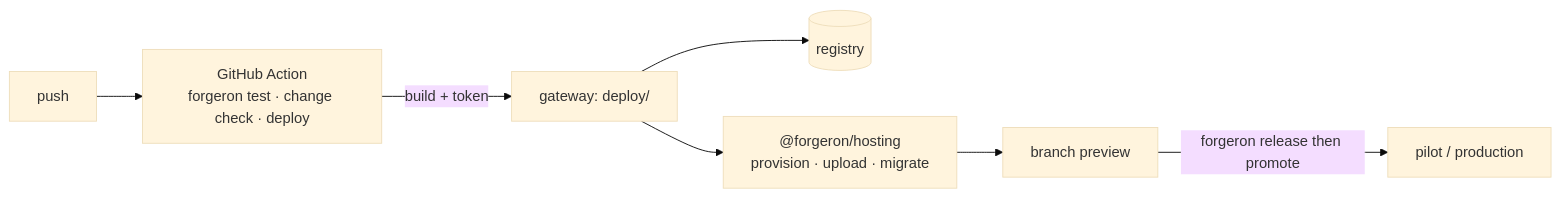
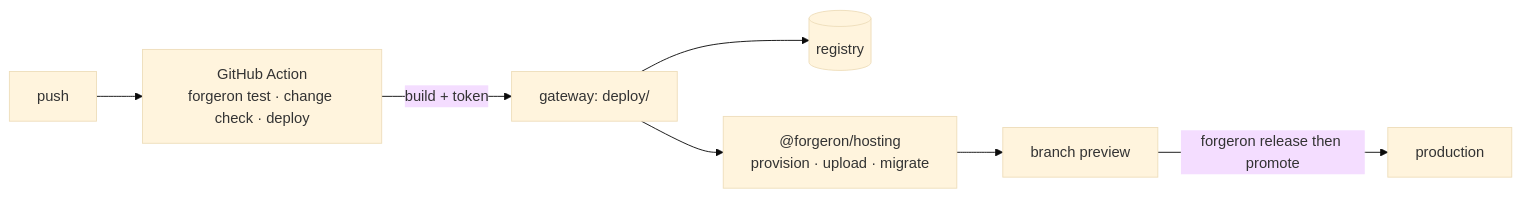
Before and after one commit to forgeron-sh/monorepo: the second of 3 diagrams in docs/ARCHITECTURE.md, drawn with Mermaid (base theme). The commit also changed other lines of this file and 77 other files, not shown here.

````diff
--- a/docs/ARCHITECTURE.md
+++ b/docs/ARCHITECTURE.md
@@ -178,9 +178,9 @@
 ```mermaid
 flowchart LR
   P[push] --> A["GitHub Action<br/>forgeron test · change check · deploy"]
   A -->|"build + token"| D["gateway: deploy/"]
   D --> R[("registry")]
   D --> H["@forgeron/hosting<br/>provision · upload · migrate"]
   H --> PV[branch preview]
-  PV -->|"forgeron release then promote"| PR[pilot / production]
+  PV -->|"forgeron release then promote"| PR[production]
 ```
````
